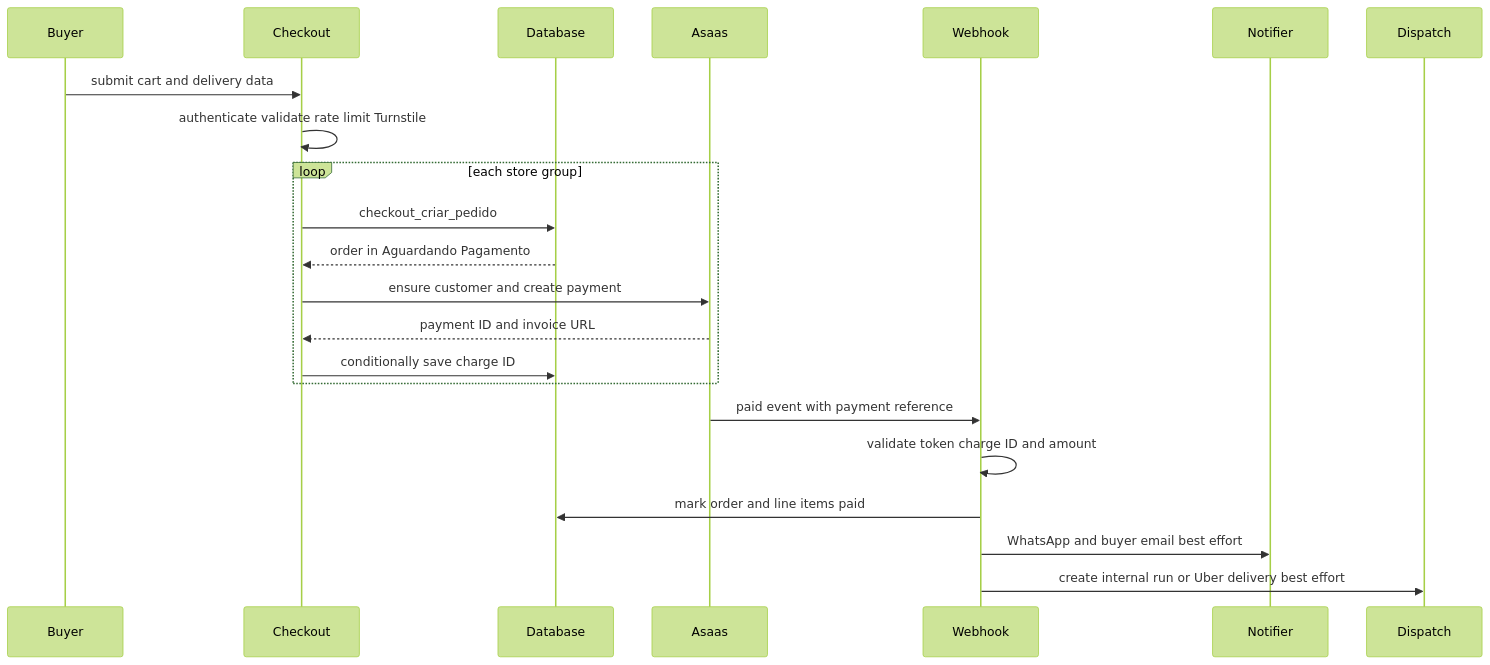
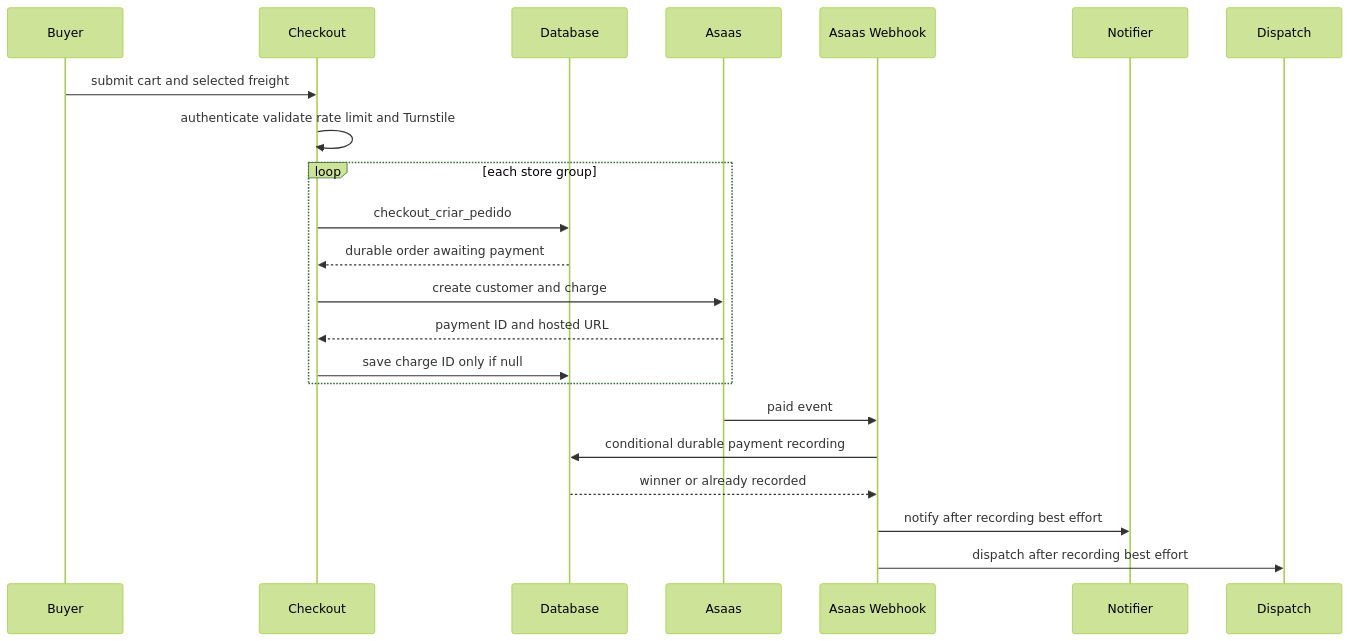
The first of 2 diagrams in openwiki/workflows/checkout-payment-and-order-lifecycle.md (Schneider-Gr/industria24hIA), drawn with Mermaid (forest theme) before and after one commit. The commit also changed other lines of this file and 28 other files, not shown here.

````diff
--- a/openwiki/workflows/checkout-payment-and-order-lifecycle.md
+++ b/openwiki/workflows/checkout-payment-and-order-lifecycle.md
@@ -99,25 +105,25 @@
 ```mermaid
 sequenceDiagram
     participant Buyer
     participant Checkout
     participant Database
     participant Asaas
-    participant Webhook
+    participant Hook as Asaas Webhook
     participant Notifier
     participant Dispatch
 
-    Buyer->>Checkout: submit cart and delivery data
-    Checkout->>Checkout: authenticate validate rate limit Turnstile
+    Buyer->>Checkout: submit cart and selected freight
+    Checkout->>Checkout: authenticate validate rate limit and Turnstile
     loop each store group
         Checkout->>Database: checkout_criar_pedido
-        Database-->>Checkout: order in Aguardando Pagamento
-        Checkout->>Asaas: ensure customer and create payment
-        Asaas-->>Checkout: payment ID and invoice URL
-        Checkout->>Database: conditionally save charge ID
+        Database-->>Checkout: durable order awaiting payment
+        Checkout->>Asaas: create customer and charge
+        Asaas-->>Checkout: payment ID and hosted URL
+        Checkout->>Database: save charge ID only if null
     end
-    Asaas->>Webhook: paid event with payment reference
-    Webhook->>Webhook: validate token charge ID and amount
-    Webhook->>Database: mark order and line items paid
-    Webhook->>Notifier: WhatsApp and buyer email best effort
-    Webhook->>Dispatch: create internal run or Uber delivery best effort
+    Asaas->>Hook: paid event
+    Hook->>Database: conditional durable payment recording
+    Database-->>Hook: winner or already recorded
+    Hook->>Notifier: notify after recording best effort
+    Hook->>Dispatch: dispatch after recording best effort
 ```
````
